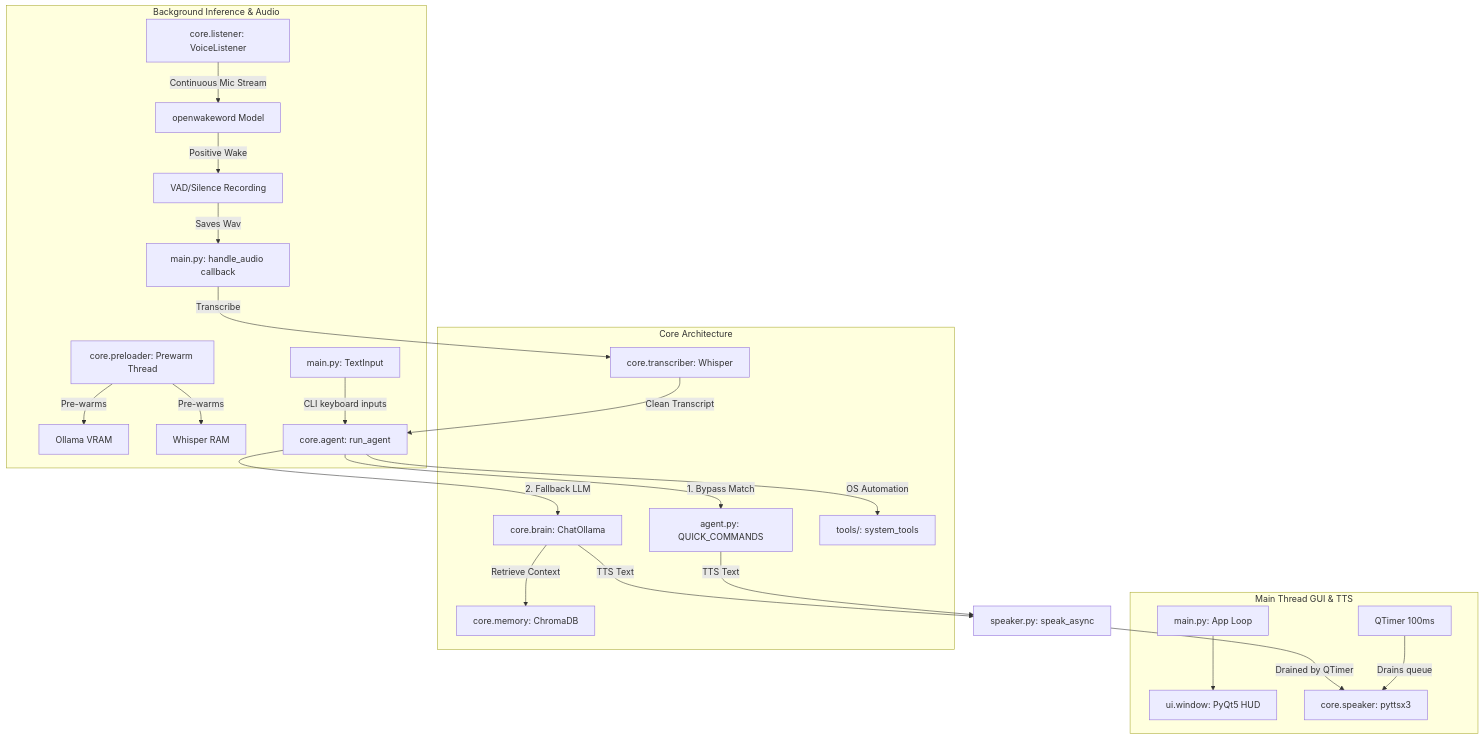
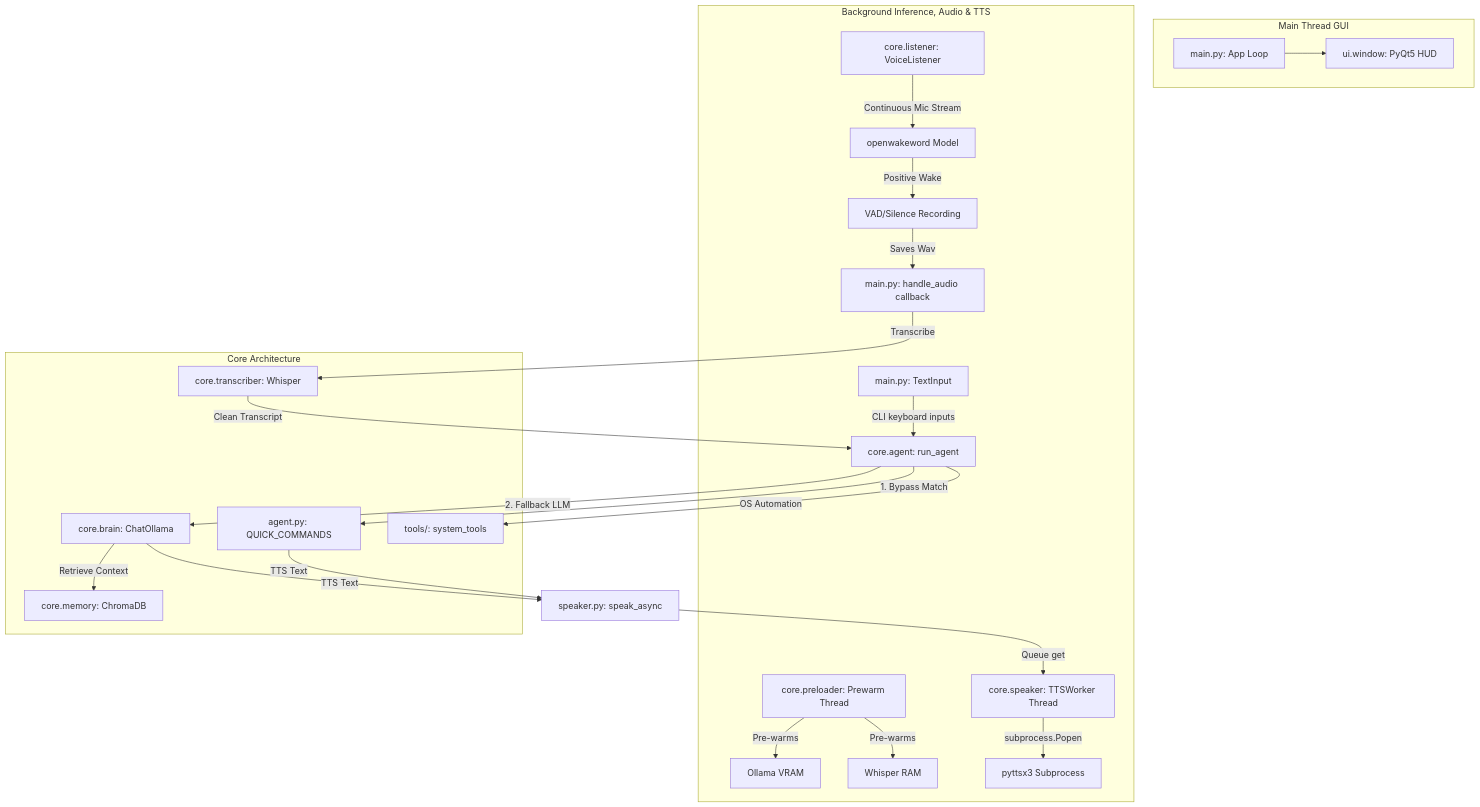
One commit to CodeItAlone/A.L.O.N.E. changed the diagram in docs/ARCHITECTURE.md. Above: the diagram before and after it, drawn with Mermaid. The commit also changed other lines of this file, not shown here.

Commit message:
docs(voice-ux): update ARCHITECTURE.md to show the background TTSWorker thread, subprocess execution, and state machine boundaries

````diff
--- a/docs/ARCHITECTURE.md
+++ b/docs/ARCHITECTURE.md
@@ -11,35 +11,36 @@
 ```mermaid
 graph TD
     %% Threads
-    subgraph Main Thread [Main Thread GUI & TTS]
+    subgraph Main Thread [Main Thread GUI]
         A[main.py: App Loop] --> B[ui.window: PyQt5 HUD]
-        QTimer[QTimer 100ms] -->|Drains queue| TTS[core.speaker: pyttsx3]
     end
 
-    subgraph Background Threads [Background Inference & Audio]
+    subgraph Background Threads [Background Inference, Audio & TTS]
         Prewarm[core.preloader: Prewarm Thread] -->|Pre-warms| LLM_VRAM[Ollama VRAM]
         Prewarm -->|Pre-warms| Whisper_RAM[Whisper RAM]
         
         ListenerThread[core.listener: VoiceListener] -->|Continuous Mic Stream| OWW[openwakeword Model]
         OWW -->|Positive Wake| VAD[VAD/Silence Recording]
         VAD -->|Saves Wav| Callback[main.py: handle_audio callback]
         
         TextInputThread[main.py: TextInput] -->|CLI keyboard inputs| AgentExec[core.agent: run_agent]
+        
+        TTSWorker[core.speaker: TTSWorker Thread] -->|subprocess.Popen| TTSSubprocess[pyttsx3 Subprocess]
     end
 
     %% Modules & Databases
     subgraph Core Architecture
         Callback -->|Transcribe| Transcriber[core.transcriber: Whisper]
         Transcriber -->|Clean Transcript| AgentExec
         AgentExec -->|1. Bypass Match| QuickCmd[agent.py: QUICK_COMMANDS]
         AgentExec -->|2. Fallback LLM| Brain[core.brain: ChatOllama]
         
         Brain -->|Retrieve Context| Memory[core.memory: ChromaDB]
         AgentExec -->|OS Automation| Tools[tools/: system_tools]
     end
 
     %% Flow Out
     QuickCmd -->|TTS Text| Enqueue[speaker.py: speak_async]
     Brain -->|TTS Text| Enqueue
-    Enqueue -->|Drained by QTimer| TTS
+    Enqueue -->|Queue get| TTSWorker
 ```
````
